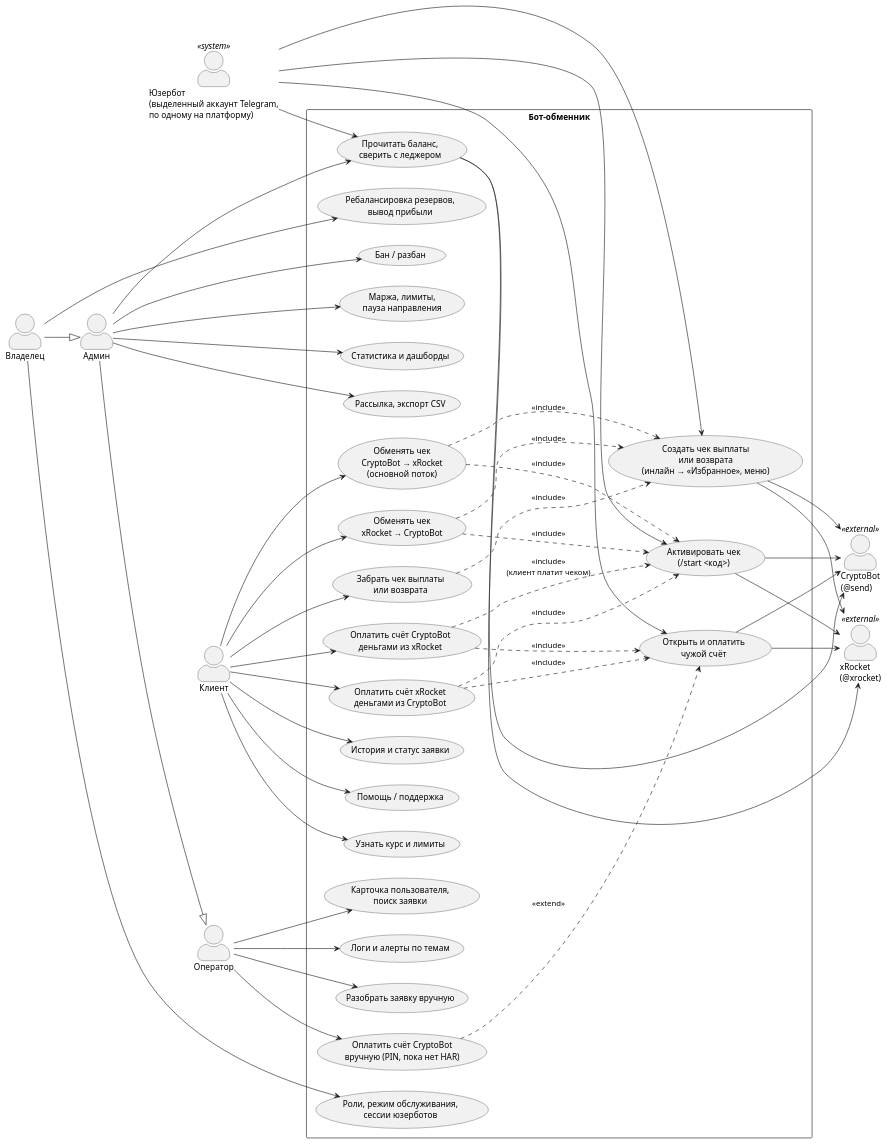
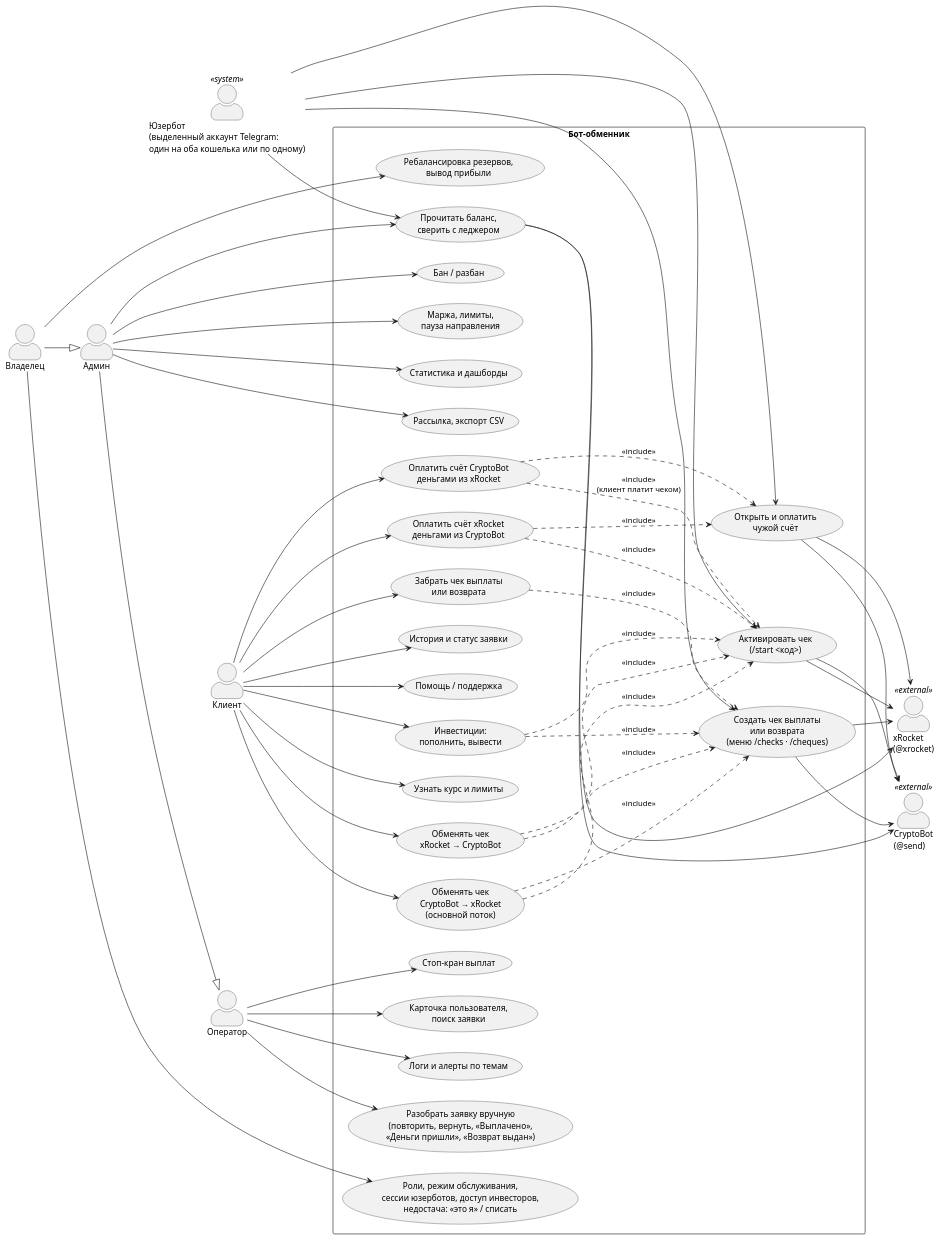
The diagram in exchanger/diagrams/01-use-cases.puml (Nacebara/webquest), drawn with PlantUML before and after one commit. The commit also changed 12 other files, not shown here.

First line of the commit message:
diagrams: sources match the code again; pictures marked as outdated (Р-19.2)

```diff
--- a/exchanger/diagrams/01-use-cases.puml
+++ b/exchanger/diagrams/01-use-cases.puml
@@ -1,89 +1,92 @@
 @startuml use-cases
-' Варианты использования бота-обменника xRocket <-> CryptoBot (v0.2: всё через юзербота)
+' Варианты использования бота-обменника xRocket <-> CryptoBot (v0.2: всё через юзербота; сверено 20.11.2026)
 left to right direction
 skinparam packageStyle rectangle
 skinparam actorStyle awesome
 skinparam shadowing false
 
 actor "Клиент" as Client
 actor "Владелец" as Owner
 actor "Админ" as Admin
 actor "Оператор" as Operator
-actor "Юзербот\n(выделенный аккаунт Telegram,\nпо одному на платформу)" as Userbot <<system>>
+actor "Юзербот\n(выделенный аккаунт Telegram:\nодин на оба кошелька или по одному)" as Userbot <<system>>
 actor "CryptoBot\n(@send)" as CB <<external>>
 actor "xRocket\n(@xrocket)" as XR <<external>>
 
 Owner --|> Admin
 Admin --|> Operator
 
 rectangle "Бот-обменник" {
   usecase "Узнать курс и лимиты" as UC_Terms
   usecase "Обменять чек\nCryptoBot → xRocket\n(основной поток)" as UC_CX
   usecase "Обменять чек\nxRocket → CryptoBot" as UC_XC
   usecase "Оплатить счёт CryptoBot\nденьгами из xRocket" as UC_PayCB
   usecase "Оплатить счёт xRocket\nденьгами из CryptoBot" as UC_PayXR
   usecase "Забрать чек выплаты\nили возврата" as UC_Claim
   usecase "История и статус заявки" as UC_History
   usecase "Помощь / поддержка" as UC_Help
+  usecase "Инвестиции:\nпополнить, вывести" as UC_Invest
 
   usecase "Активировать чек\n(/start <код>)" as UC_Activate
-  usecase "Создать чек выплаты\nили возврата\n(инлайн → «Избранное», меню)" as UC_Issue
+  usecase "Создать чек выплаты\nили возврата\n(меню /checks · /cheques)" as UC_Issue
   usecase "Открыть и оплатить\nчужой счёт" as UC_PayInvoice
   usecase "Прочитать баланс,\nсверить с леджером" as UC_Reconcile
 
-  usecase "Разобрать заявку вручную" as UC_Manual
-  usecase "Оплатить счёт CryptoBot\nвручную (PIN, пока нет HAR)" as UC_ManualPay
+  usecase "Разобрать заявку вручную\n(повторить, вернуть, «Выплачено»,\n«Деньги пришли», «Возврат выдан»)" as UC_Manual
+  usecase "Стоп-кран выплат" as UC_Kill
   usecase "Карточка пользователя,\nпоиск заявки" as UC_Search
   usecase "Бан / разбан" as UC_Ban
   usecase "Маржа, лимиты,\nпауза направления" as UC_Pricing
   usecase "Ребалансировка резервов,\nвывод прибыли" as UC_Rebalance
   usecase "Статистика и дашборды" as UC_Stats
   usecase "Рассылка, экспорт CSV" as UC_Broadcast
-  usecase "Роли, режим обслуживания,\nсессии юзерботов" as UC_Owner
+  usecase "Роли, режим обслуживания,\nсессии юзерботов, доступ инвесторов,\nнедостача: «это я» / списать" as UC_Owner
   usecase "Логи и алерты по темам" as UC_Logs
 }
 
 Client --> UC_Terms
 Client --> UC_CX
 Client --> UC_XC
 Client --> UC_PayCB
 Client --> UC_PayXR
 Client --> UC_Claim
 Client --> UC_History
 Client --> UC_Help
+Client --> UC_Invest
+UC_Invest ..> UC_Activate : <<include>>
+UC_Invest ..> UC_Issue : <<include>>
 UC_CX ..> UC_Activate : <<include>>
 UC_XC ..> UC_Activate : <<include>>
 UC_CX ..> UC_Issue : <<include>>
 UC_XC ..> UC_Issue : <<include>>
 UC_PayCB ..> UC_Activate : <<include>>\n(клиент платит чеком)
 UC_PayXR ..> UC_Activate : <<include>>
 UC_PayCB ..> UC_PayInvoice : <<include>>
 UC_PayXR ..> UC_PayInvoice : <<include>>
-UC_ManualPay ..> UC_PayInvoice : <<extend>>
 UC_Claim ..> UC_Issue : <<include>>
 
 Userbot --> UC_Activate
 Userbot --> UC_Issue
 Userbot --> UC_PayInvoice
 Userbot --> UC_Reconcile
 UC_Activate --> CB
 UC_Activate --> XR
 UC_Issue --> CB
 UC_Issue --> XR
 UC_PayInvoice --> CB
 UC_PayInvoice --> XR
 UC_Reconcile --> CB
 UC_Reconcile --> XR
 
 Operator --> UC_Manual
-Operator --> UC_ManualPay
+Operator --> UC_Kill
 Operator --> UC_Search
 Operator --> UC_Logs
 Admin --> UC_Ban
 Admin --> UC_Pricing
 Admin --> UC_Stats
 Admin --> UC_Broadcast
 Admin --> UC_Reconcile
 Owner --> UC_Rebalance
 Owner --> UC_Owner
 @enduml
```
